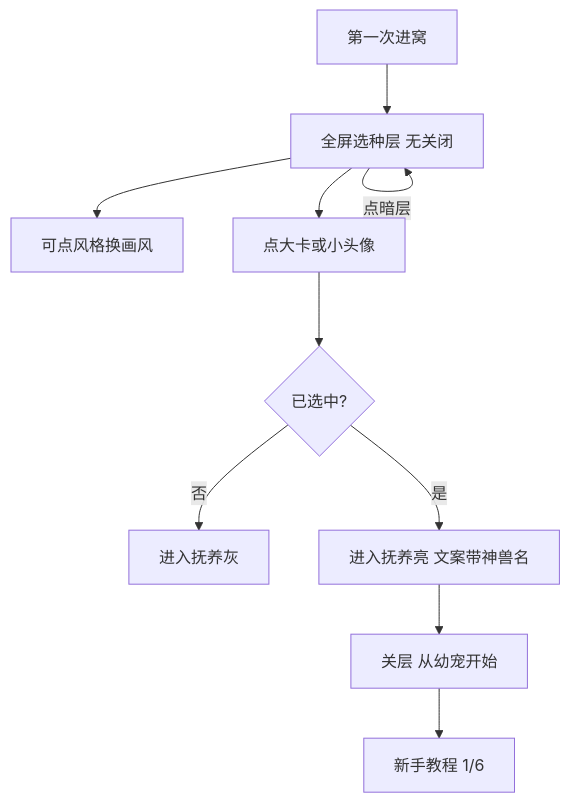
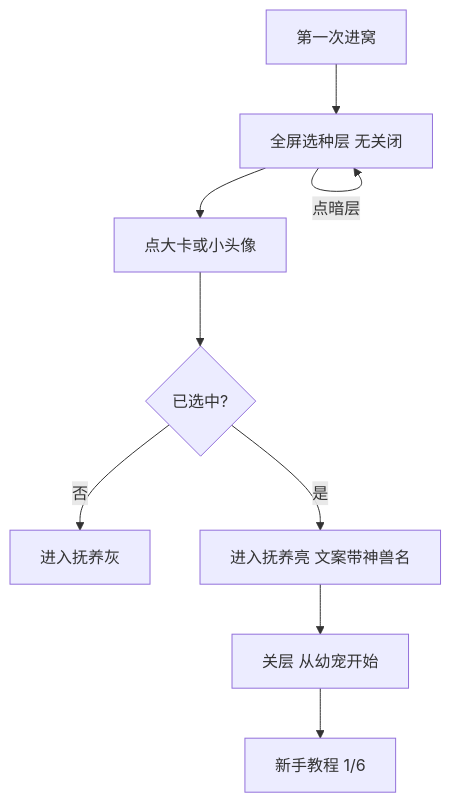
Before and after one commit to huasabrina8-dotcom/qq-pet-vip-prototype: the second of 8 diagrams in docs/萌宠乐园-宠物窝交互说明.md, drawn with Mermaid. The commit also changed other lines of this file and 147 other files, not shown here.

````diff
--- a/docs/萌宠乐园-宠物窝交互说明.md
+++ b/docs/萌宠乐园-宠物窝交互说明.md
@@ -529,12 +540,11 @@
 ```mermaid
 flowchart TD
   A[第一次进窝] --> B[全屏选种层 无关闭]
-  B --> C[可点风格换画风]
   B --> D[点大卡或小头像]
   D --> E{已选中?}
   E -->|否| F[进入抚养灰]
   E -->|是| G[进入抚养亮 文案带神兽名]
   G --> H[关层 从幼宠开始]
   H --> I[新手教程 1/6]
   B -->|点暗层| B
 ```
````
